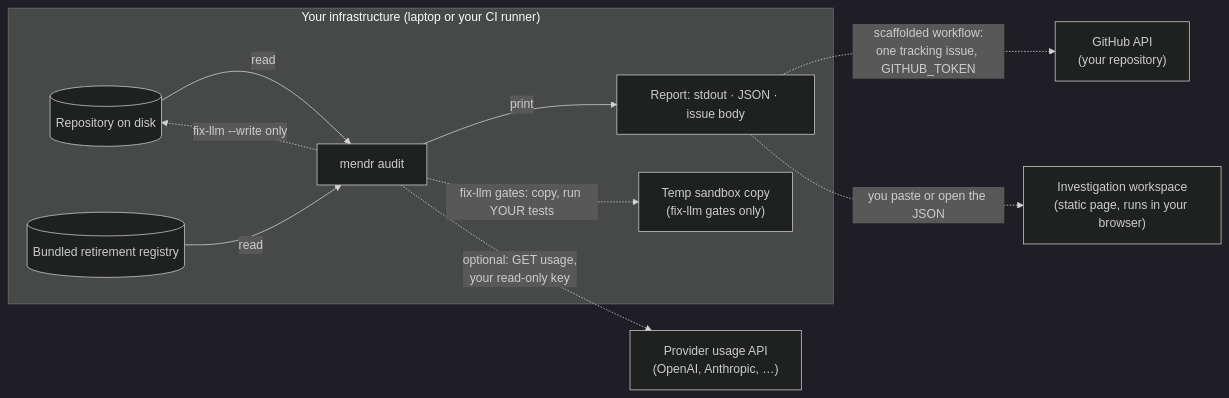
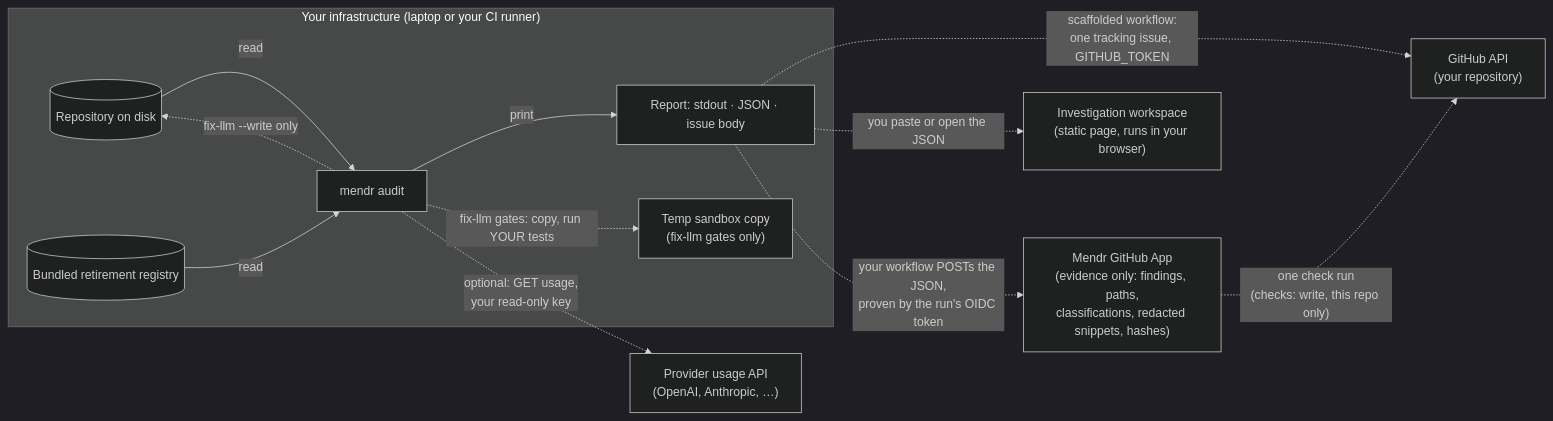
The diagram in TRUST.md (ajitheee/mendr), drawn with Mermaid (dark theme) before and after one commit. The commit also changed other lines of this file and 35 other files, not shown here.

````diff
--- a/TRUST.md
+++ b/TRUST.md
@@ -78,21 +80,24 @@
 ```mermaid
 flowchart LR
   subgraph yours["Your infrastructure (laptop or your CI runner)"]
     repo[(Repository on disk)]
     cli[mendr audit]
     registry[(Bundled retirement registry)]
     report["Report: stdout · JSON · issue body"]
     sandbox["Temp sandbox copy<br/>(fix-llm gates only)"]
     repo -- read --> cli
     registry -- read --> cli
     cli -- print --> report
     cli -. "fix-llm --write only" .-> repo
     cli -. "fix-llm gates: copy, run YOUR tests" .-> sandbox
   end
   provider["Provider usage API<br/>(OpenAI, Anthropic, …)"]
   gh["GitHub API<br/>(your repository)"]
   ui["Investigation workspace<br/>(static page, runs in your browser)"]
+  appnode["Mendr GitHub App<br/>(evidence only: findings, paths,<br/>classifications, redacted snippets, hashes)"]
   cli -. "optional: GET usage,<br/>your read-only key" .-> provider
   report -. "scaffolded workflow:<br/>one tracking issue, GITHUB_TOKEN" .-> gh
   report -. "you paste or open the JSON" .-> ui
+  report -. "your workflow POSTs the JSON,<br/>proven by the run's OIDC token" .-> appnode
+  appnode -. "one check run<br/>(checks: write, this repo only)" .-> gh
 ```
````
